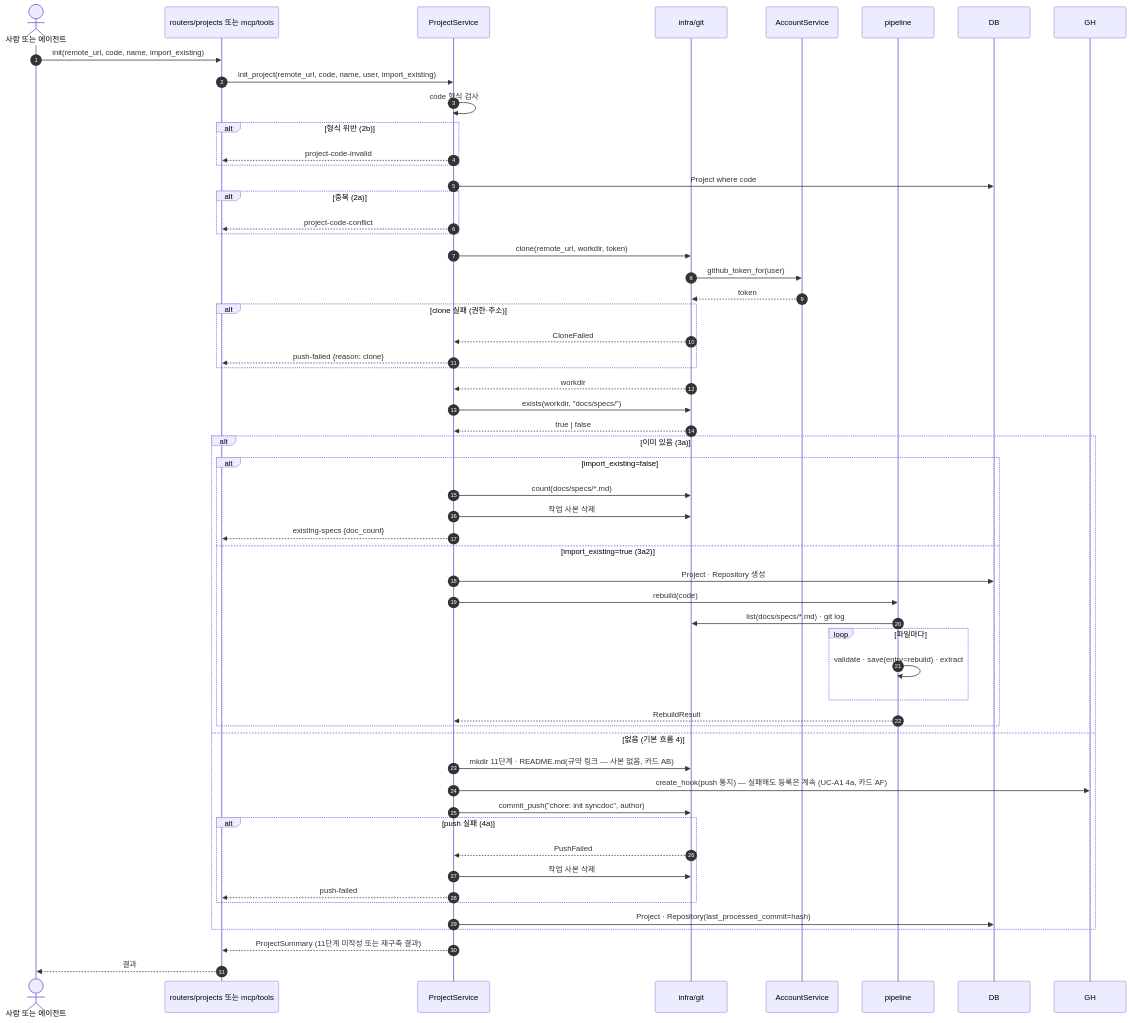
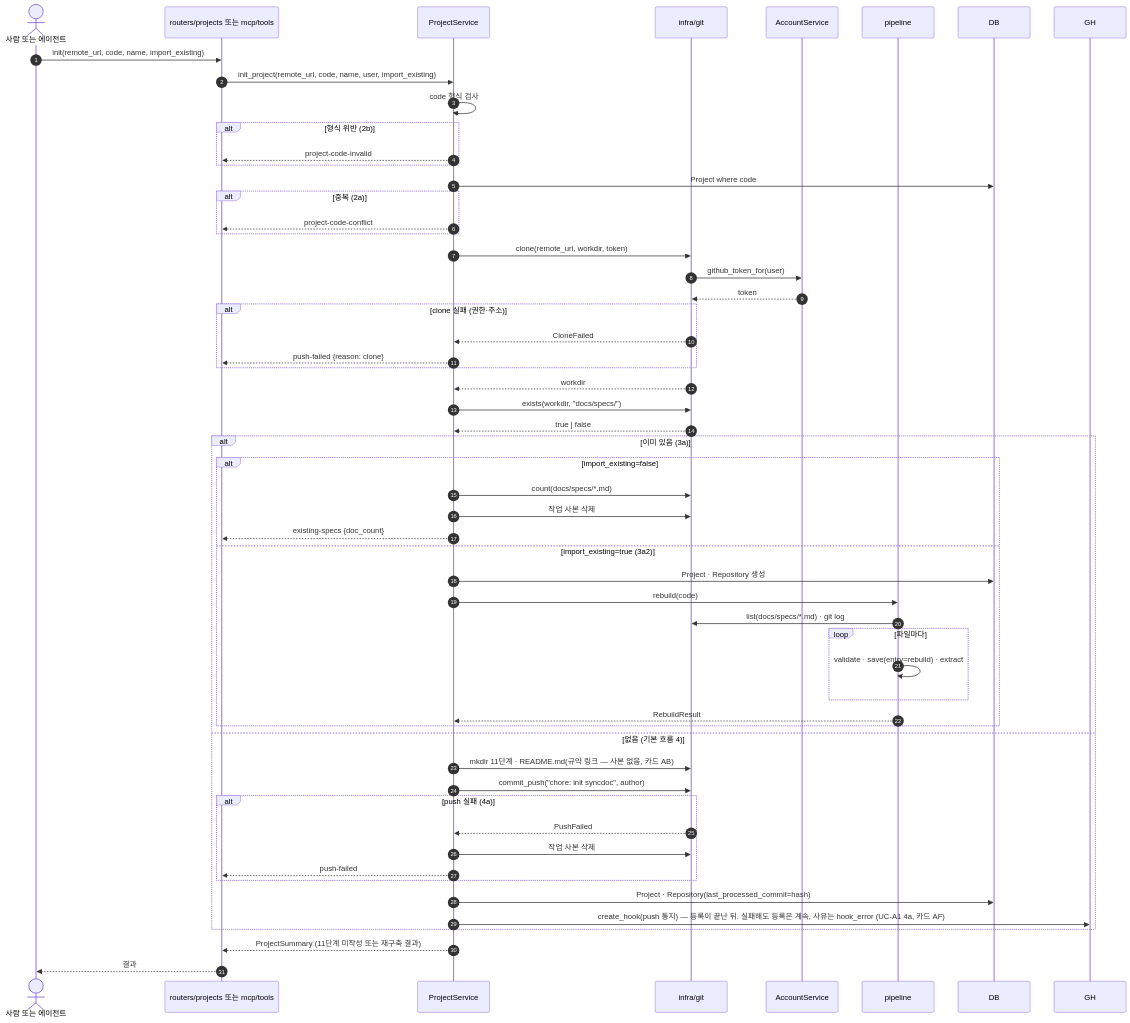
One commit to HoyoungParkme/syncdoc changed the third of 29 diagrams in docs/specs/09-SEQ/SYNC-SEQ-001.md. Above: the diagram before and after it, drawn with Mermaid.

Commit message:
spec(SYNC-SEQ-001): SEQ-4 통지 걸기를 등록 뒤로 (#242)
MINISPEC(MS-001 9a)은 골격 커밋·DB 등록 뒤에 통지를 건다. 그림은 커밋 앞에 두었다 — MINISPEC이
진실이라 그림을 고친다. 실패하면 사유는 hook_error.

````diff
--- a/docs/specs/09-SEQ/SYNC-SEQ-001.md
+++ b/docs/specs/09-SEQ/SYNC-SEQ-001.md
@@ -276,60 +276,60 @@
 ```mermaid
 sequenceDiagram
     autonumber
     actor U as 사람 또는 에이전트
     participant B as routers/projects 또는 mcp/tools
     participant PS as ProjectService
     participant G as infra/git
     participant AC as AccountService
     participant P as pipeline
     participant DB
 
     U->>B: init(remote_url, code, name, import_existing)
     B->>PS: init_project(remote_url, code, name, user, import_existing)
     PS->>PS: code 형식 검사
     alt 형식 위반 (2b)
         PS-->>B: project-code-invalid
     end
     PS->>DB: Project where code
     alt 중복 (2a)
         PS-->>B: project-code-conflict
     end
     PS->>G: clone(remote_url, workdir, token)
     G->>AC: github_token_for(user)
     AC-->>G: token
     alt clone 실패 (권한·주소)
         G-->>PS: CloneFailed
         PS-->>B: push-failed {reason: clone}
     end
     G-->>PS: workdir
     PS->>G: exists(workdir, "docs/specs/")
     G-->>PS: true | false
 
     alt 이미 있음 (3a)
         alt import_existing=false
             PS->>G: count(docs/specs/*.md)
             PS->>G: 작업 사본 삭제
             PS-->>B: existing-specs {doc_count}
         else import_existing=true (3a2)
             PS->>DB: Project · Repository 생성
             PS->>P: rebuild(code)
             P->>G: list(docs/specs/*.md) · git log
             loop 파일마다
                 P->>P: validate · save(entry=rebuild) · extract
             end
             P-->>PS: RebuildResult
         end
     else 없음 (기본 흐름 4)
         PS->>G: mkdir 11단계 · README.md(규약 링크 — 사본 없음, 카드 AB)
-        PS->>GH: create_hook(push 통지) — 실패해도 등록은 계속 (UC-A1 4a, 카드 AF)
         PS->>G: commit_push("chore: init syncdoc", author)
         alt push 실패 (4a)
             G-->>PS: PushFailed
             PS->>G: 작업 사본 삭제
             PS-->>B: push-failed
         end
         PS->>DB: Project · Repository(last_processed_commit=hash)
+        PS->>GH: create_hook(push 통지) — 등록이 끝난 뒤. 실패해도 등록은 계속, 사유는 hook_error (UC-A1 4a, 카드 AF)
     end
     PS-->>B: ProjectSummary (11단계 미작성 또는 재구축 결과)
     B-->>U: 결과
 ```
````
